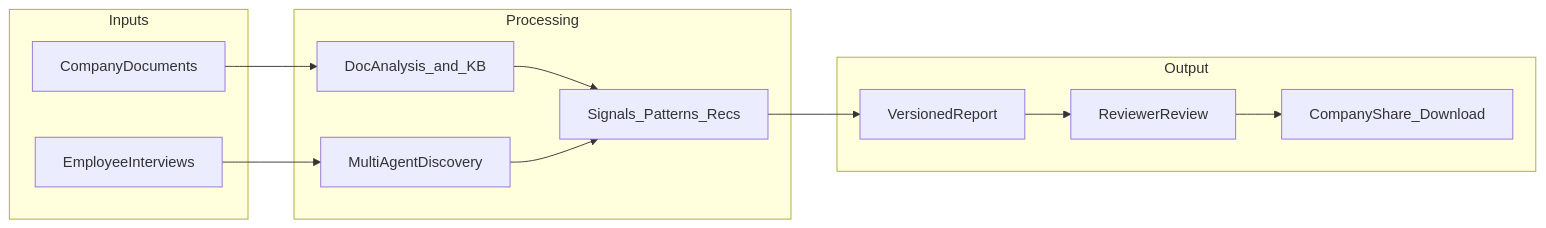
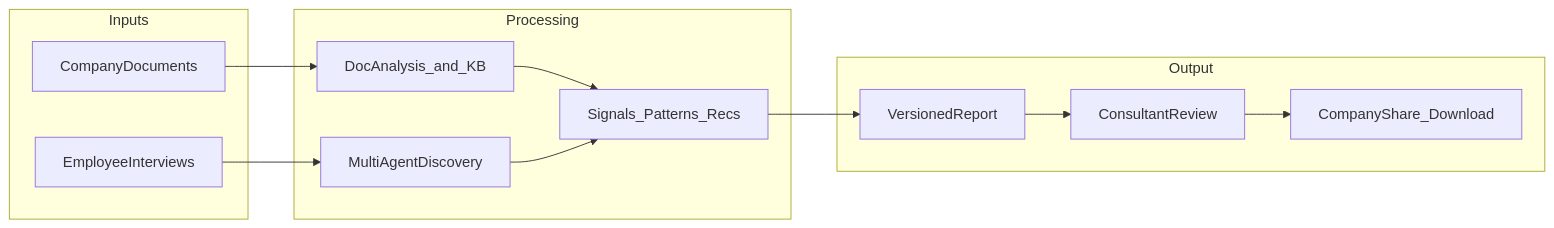
Before and after one commit to malikusman/req_app: the first of 6 diagrams in docs/APPLICATION_GUIDE.md, drawn with Mermaid. The commit also changed other lines of this file and 444 other files, not shown here.

First line of the commit message:
Rename Reviewer to Consultant across the stack

````diff
--- a/docs/APPLICATION_GUIDE.md
+++ b/docs/APPLICATION_GUIDE.md
@@ -44,24 +44,24 @@
 ```mermaid
 flowchart LR
   subgraph inputs [Inputs]
     Docs[CompanyDocuments]
     Interviews[EmployeeInterviews]
   end
   subgraph processing [Processing]
     Analysis[DocAnalysis_and_KB]
     Discovery[MultiAgentDiscovery]
     Intel[Signals_Patterns_Recs]
   end
   subgraph output [Output]
     Report[VersionedReport]
-    Review[ReviewerReview]
+    Review[ConsultantReview]
     Share[CompanyShare_Download]
   end
   Docs --> Analysis
   Interviews --> Discovery
   Analysis --> Intel
   Discovery --> Intel
   Intel --> Report
   Report --> Review
   Review --> Share
 ```
````
